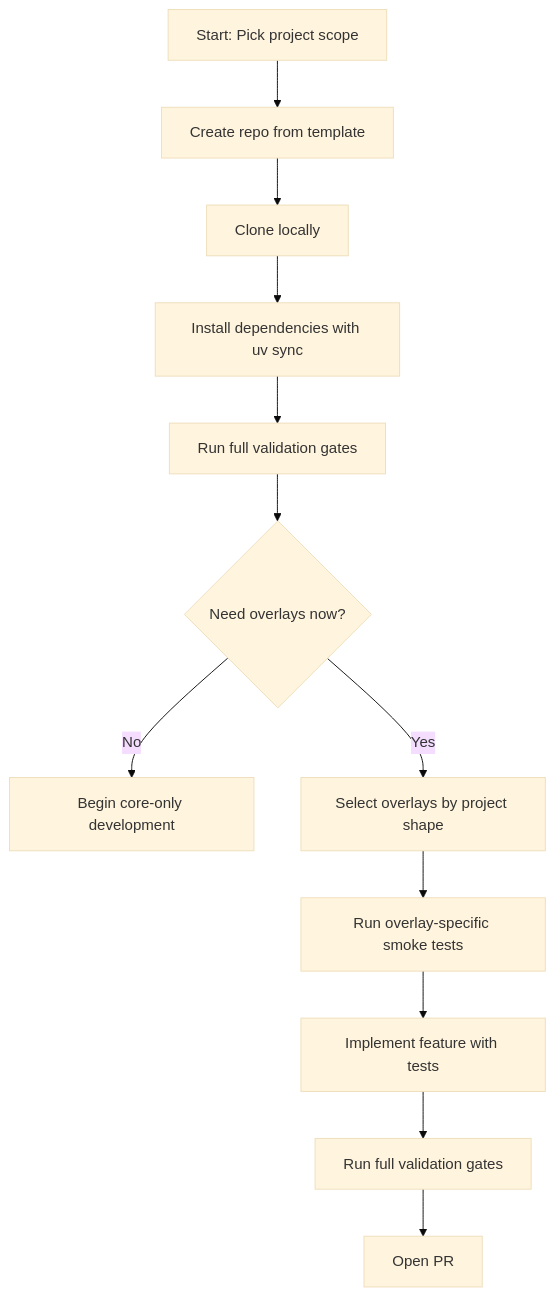
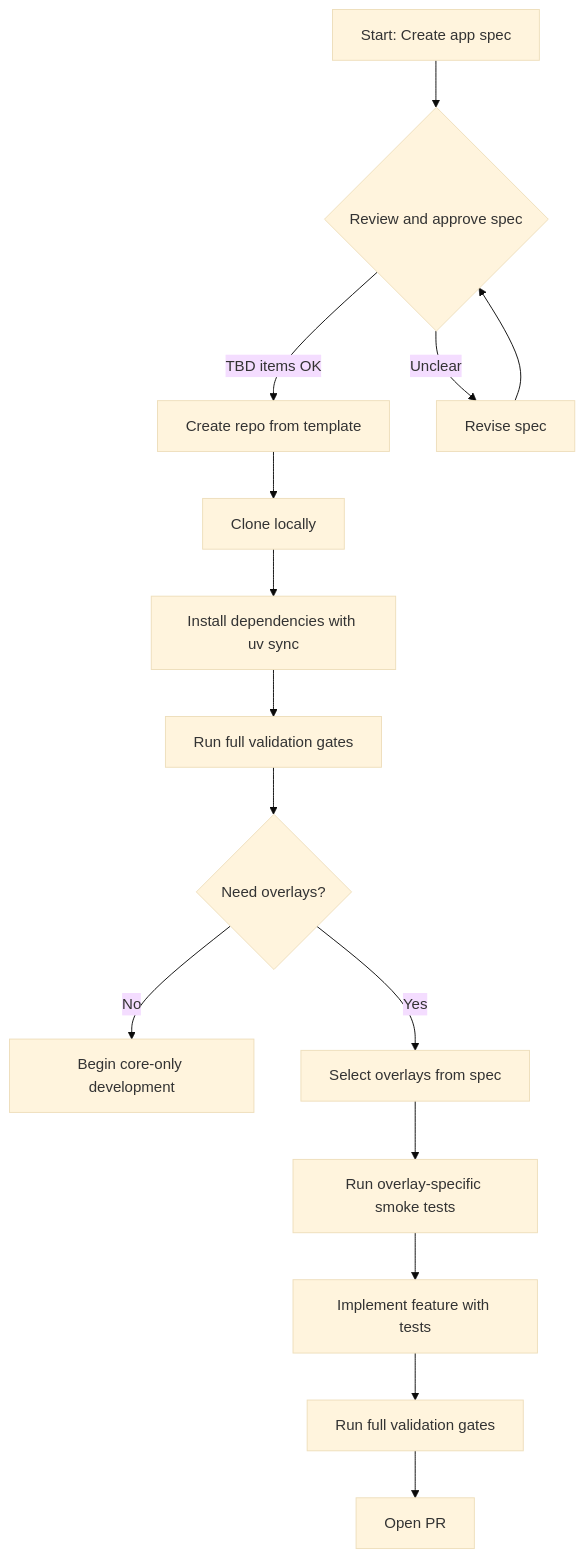
One commit to marcgris/py-app-foundation changed the first of 3 diagrams in docs/guide/bootstrap-generation-playbook.md. Above: the diagram before and after it, drawn with Mermaid (base theme). The commit also changed other lines of this file and 2 other files, not shown here.

Commit message:
docs: add spec-first workflow and Luminara example to bootstrap guide

````diff
--- a/docs/guide/bootstrap-generation-playbook.md
+++ b/docs/guide/bootstrap-generation-playbook.md
@@ -16,14 +16,17 @@
 ```mermaid
 flowchart TD
-    A[Start: Pick project scope] --> B[Create repo from template]
-    B --> C[Clone locally]
-    C --> D[Install dependencies with uv sync]
-    D --> E[Run full validation gates]
-    E --> F{Need overlays now?}
-    F -->|No| G[Begin core-only development]
-    F -->|Yes| H[Select overlays by project shape]
-    H --> I[Run overlay-specific smoke tests]
-    I --> J[Implement feature with tests]
-    J --> K[Run full validation gates]
-    K --> L[Open PR]
+    A[Start: Create app spec] --> B{Review and approve spec}
+    B -->|TBD items OK| C[Create repo from template]
+    B -->|Unclear| D[Revise spec]
+    D --> B
+    C --> E[Clone locally]
+    E --> F[Install dependencies with uv sync]
+    F --> G[Run full validation gates]
+    G --> H{Need overlays?}
+    H -->|No| I[Begin core-only development]
+    H -->|Yes| J[Select overlays from spec]
+    J --> K[Run overlay-specific smoke tests]
+    K --> L[Implement feature with tests]
+    L --> M[Run full validation gates]
+    M --> N[Open PR]
 ```
````
